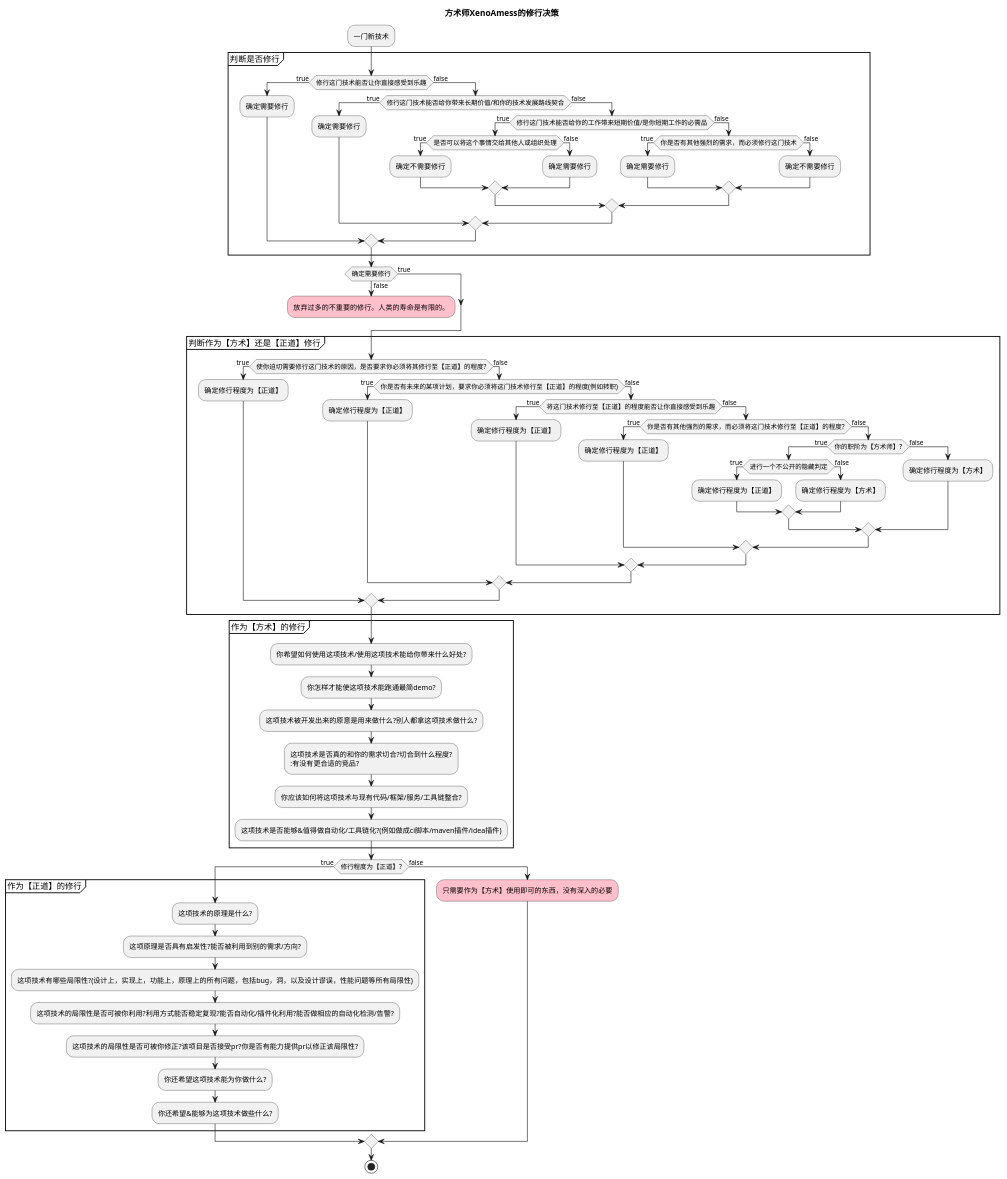
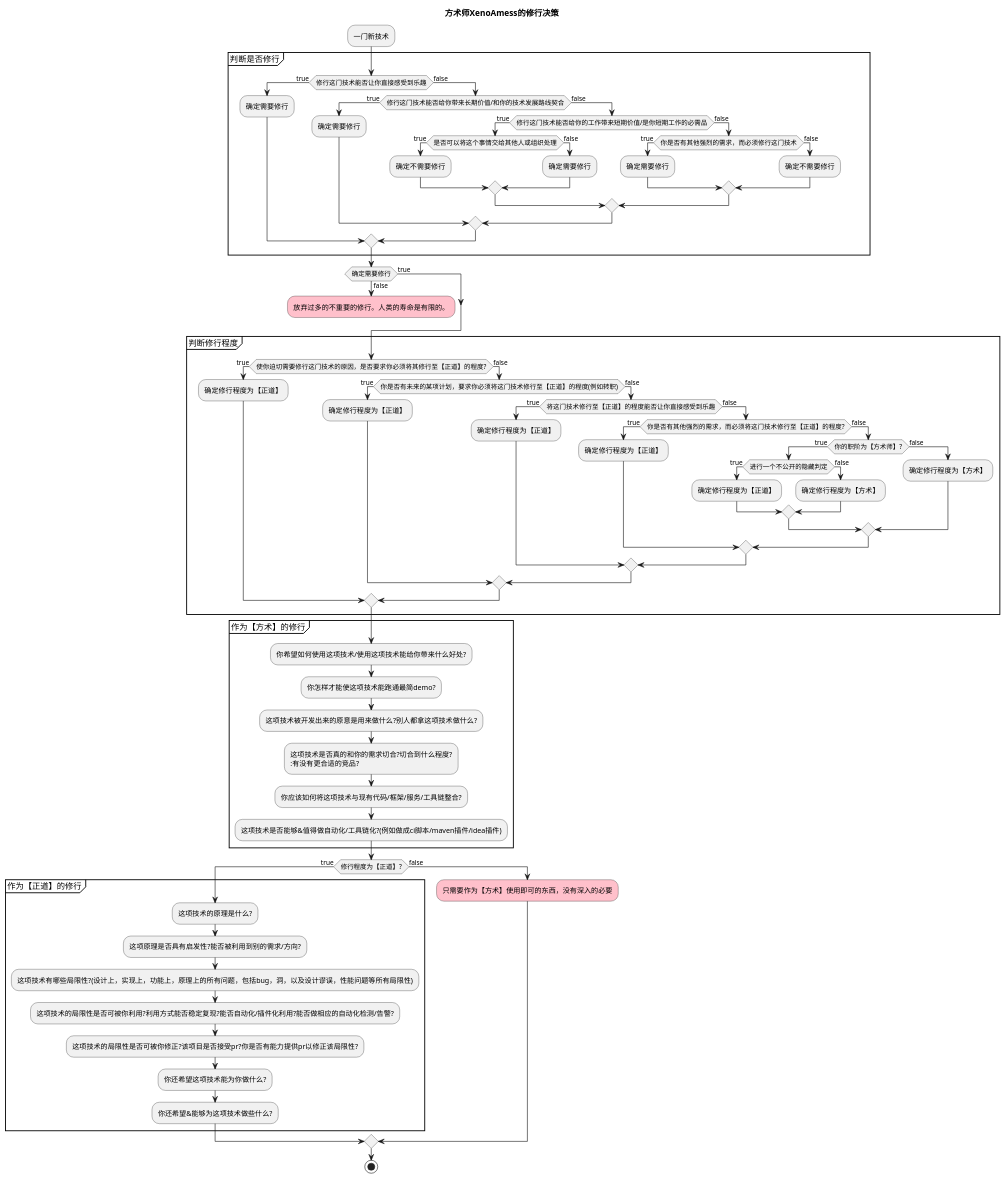
Before and after one commit to XenoAmess/XenoAmessBlog: the diagram in _posts/20210505方术师XenoAmess的修行决策.md, drawn with PlantUML.

```diff
--- a/_posts/20210505方术师XenoAmess的修行决策.md
+++ b/_posts/20210505方术师XenoAmess的修行决策.md
@@ -41,7 +41,7 @@
     kill
 endif
 
-partition 判断作为【方术】还是【正道】修行 {
+partition 判断修行程度 {
     if (使你迫切需要修行这门技术的原因，是否要求你必须将其修行至【正道】的程度?) then (true)
         :确定修行程度为【正道】;
     else (false)
```
